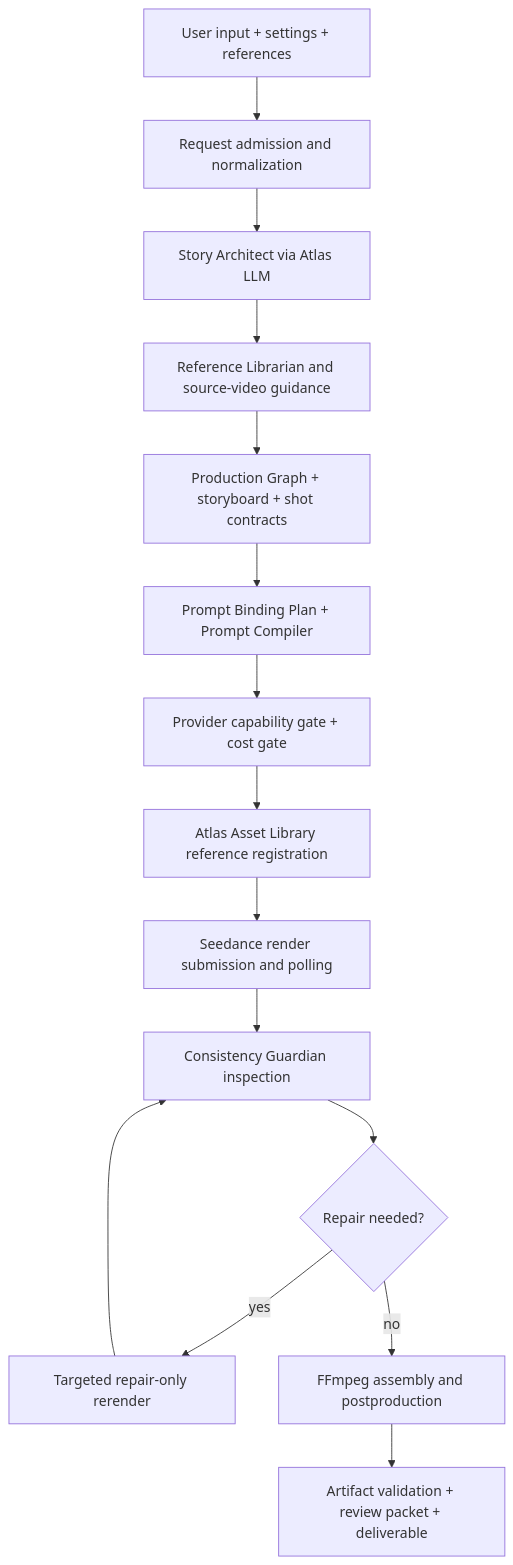
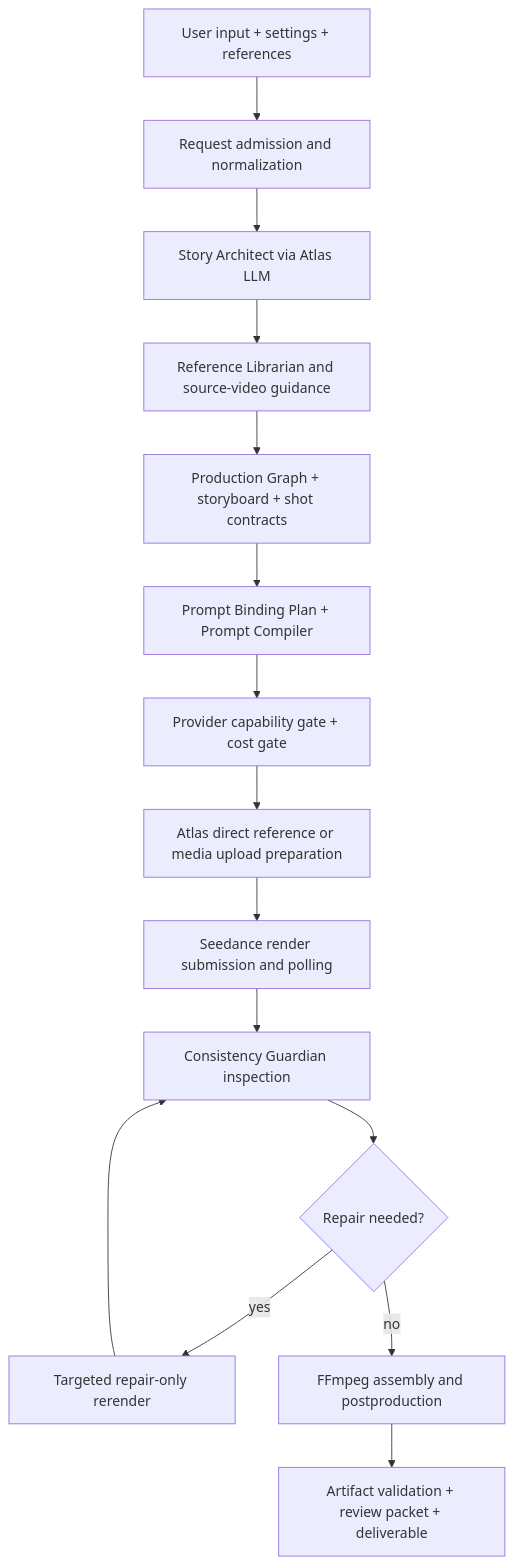
Before and after one commit to TechRate2/cinejelly-seedance-ultimate-director: the diagram in docs/RUNNING_AND_MODEL_SETTINGS_GUIDE.md, drawn with Mermaid. The commit also changed other lines of this file and 20 other files, not shown here.

Commit message:
Align Atlas provider validation flow

````diff
--- a/docs/RUNNING_AND_MODEL_SETTINGS_GUIDE.md
+++ b/docs/RUNNING_AND_MODEL_SETTINGS_GUIDE.md
@@ -328,17 +330,17 @@
 ```mermaid
 flowchart TD
     A["User input + settings + references"] --> B["Request admission and normalization"]
     B --> C["Story Architect via Atlas LLM"]
     C --> D["Reference Librarian and source-video guidance"]
     D --> E["Production Graph + storyboard + shot contracts"]
     E --> F["Prompt Binding Plan + Prompt Compiler"]
     F --> G["Provider capability gate + cost gate"]
-    G --> H["Atlas Asset Library reference registration"]
+    G --> H["Atlas direct reference or media upload preparation"]
     H --> I["Seedance render submission and polling"]
     I --> J["Consistency Guardian inspection"]
     J --> K{"Repair needed?"}
     K -->|yes| L["Targeted repair-only rerender"]
     L --> J
     K -->|no| M["FFmpeg assembly and postproduction"]
     M --> N["Artifact validation + review packet + deliverable"]
 ```
````
